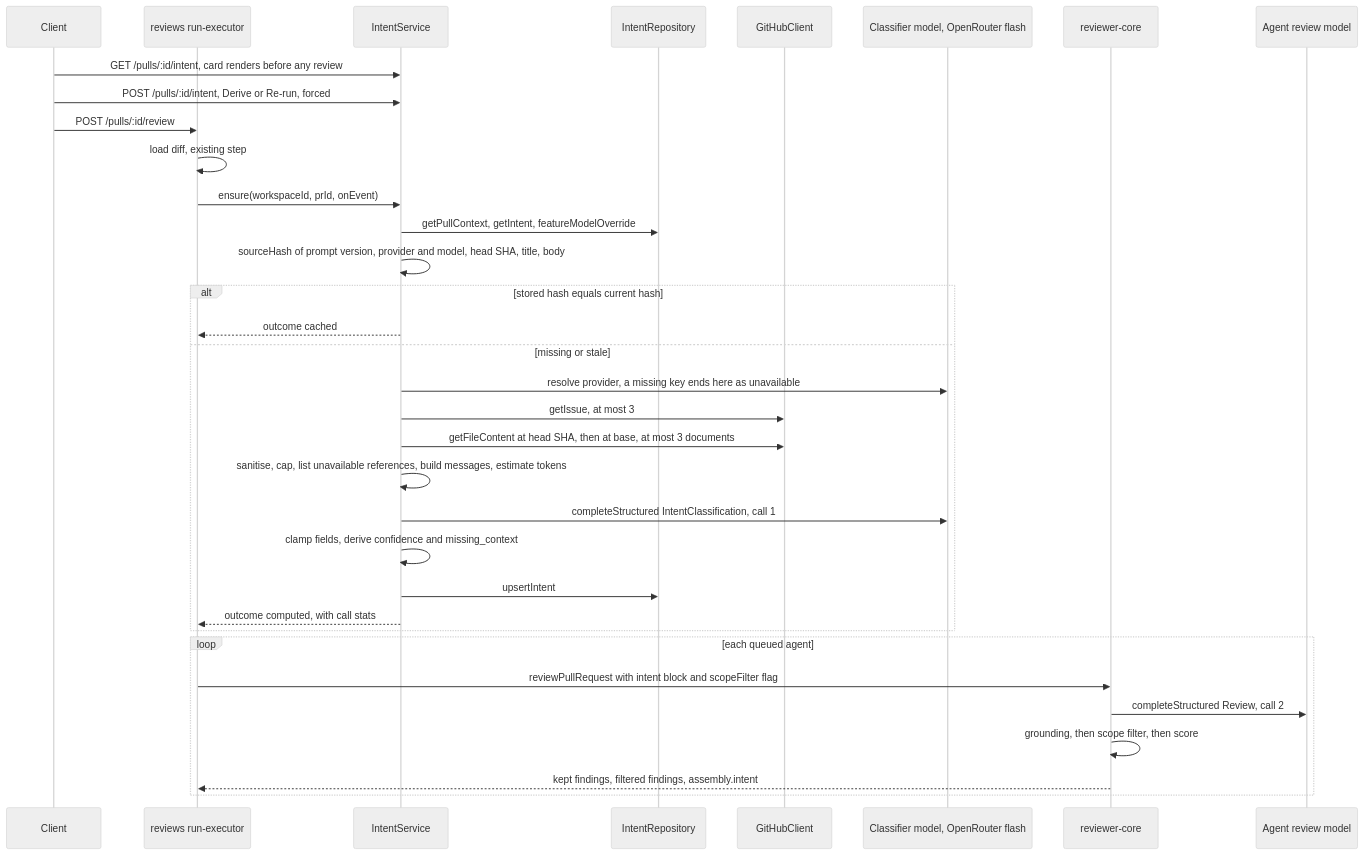
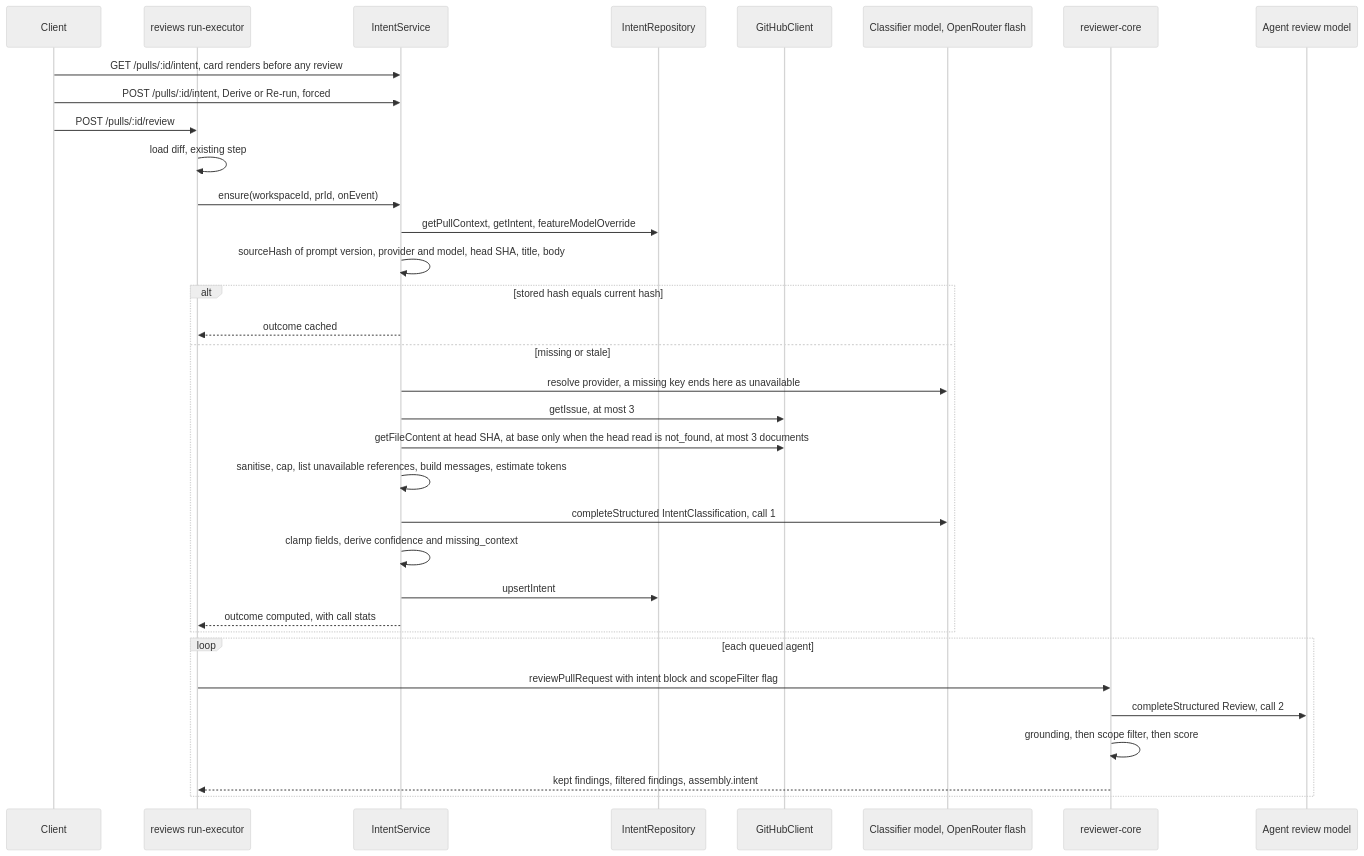
One commit to yrazub/dev-digest changed the diagram in specs/L03-intent-layer-plan.md. Above: the diagram before and after it, drawn with Mermaid (neutral theme). The commit also changed other lines of this file and 26 other files, not shown here.

````diff
--- a/specs/L03-intent-layer-plan.md
+++ b/specs/L03-intent-layer-plan.md
@@ -115,37 +193,37 @@
 ```mermaid
 sequenceDiagram
   participant UI as Client
   participant RV as reviews run-executor
   participant IS as IntentService
   participant ST as IntentRepository
   participant GH as GitHubClient
   participant CL as Classifier model, OpenRouter flash
   participant RC as reviewer-core
   participant AG as Agent review model
 
   UI->>IS: GET /pulls/:id/intent, card renders before any review
   UI->>IS: POST /pulls/:id/intent, Derive or Re-run, forced
   UI->>RV: POST /pulls/:id/review
   RV->>RV: load diff, existing step
   RV->>IS: ensure(workspaceId, prId, onEvent)
   IS->>ST: getPullContext, getIntent, featureModelOverride
   IS->>IS: sourceHash of prompt version, provider and model, head SHA, title, body
   alt stored hash equals current hash
     IS-->>RV: outcome cached
   else missing or stale
     IS->>CL: resolve provider, a missing key ends here as unavailable
     IS->>GH: getIssue, at most 3
-    IS->>GH: getFileContent at head SHA, then at base, at most 3 documents
+    IS->>GH: getFileContent at head SHA, at base only when the head read is not_found, at most 3 documents
     IS->>IS: sanitise, cap, list unavailable references, build messages, estimate tokens
     IS->>CL: completeStructured IntentClassification, call 1
     IS->>IS: clamp fields, derive confidence and missing_context
     IS->>ST: upsertIntent
     IS-->>RV: outcome computed, with call stats
   end
   loop each queued agent
     RV->>RC: reviewPullRequest with intent block and scopeFilter flag
     RC->>AG: completeStructured Review, call 2
     RC->>RC: grounding, then scope filter, then score
     RC-->>RV: kept findings, filtered findings, assembly.intent
   end
 ```
````
